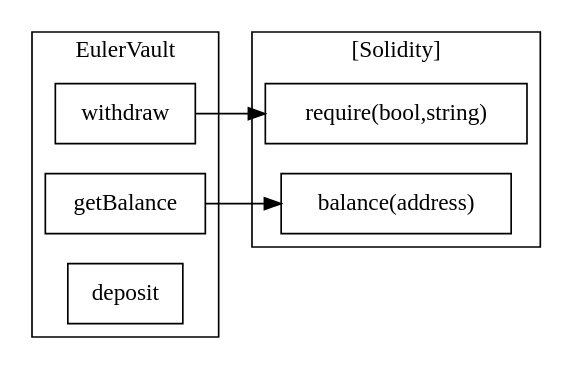
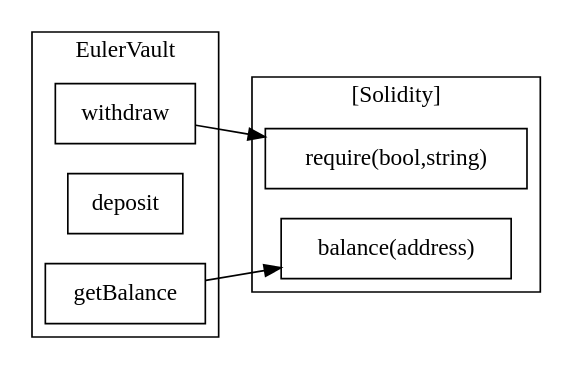
One commit to Mariussgal/OPEN-AGENTS-2026 changed the diagram in contracts/contracts/Vulnerable/EulerVault.sol.all_contracts.call-graph.dot. Above: the diagram before and after it, drawn with Graphviz. The commit also changed other lines of this file and 7 other files, not shown here.

```diff
--- a/contracts/contracts/Vulnerable/EulerVault.sol.all_contracts.call-graph.dot
+++ b/contracts/contracts/Vulnerable/EulerVault.sol.all_contracts.call-graph.dot
@@ -1,16 +1,16 @@
 strict digraph {
 rankdir="LR"
 node [shape=box]
 subgraph cluster_94_EulerVault {
 label = "EulerVault"
 "94_withdraw" [label="withdraw"]
+"94_deposit" [label="deposit"]
 "94_getBalance" [label="getBalance"]
-"94_deposit" [label="deposit"]
 }subgraph cluster_solidity {
 label = "[Solidity]"
 "require(bool,string)" 
 "balance(address)" 
 "94_withdraw" -> "require(bool,string)"
 "94_getBalance" -> "balance(address)"
 }
 }
```
